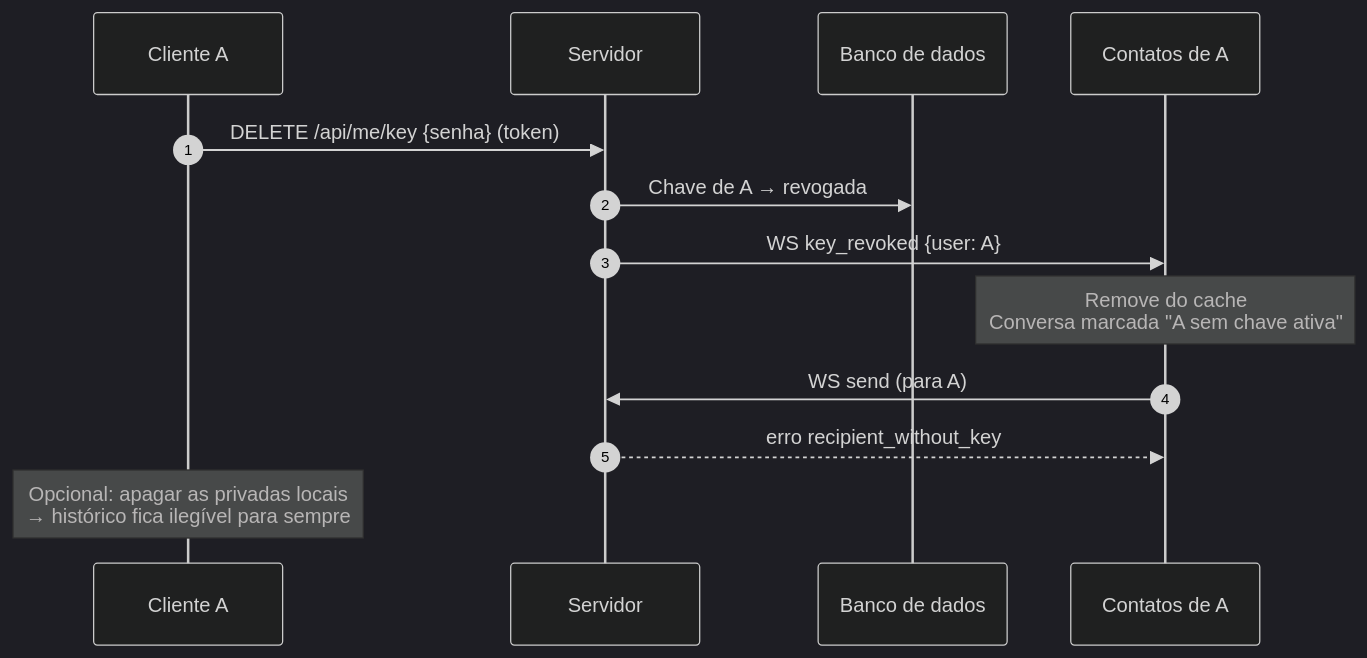
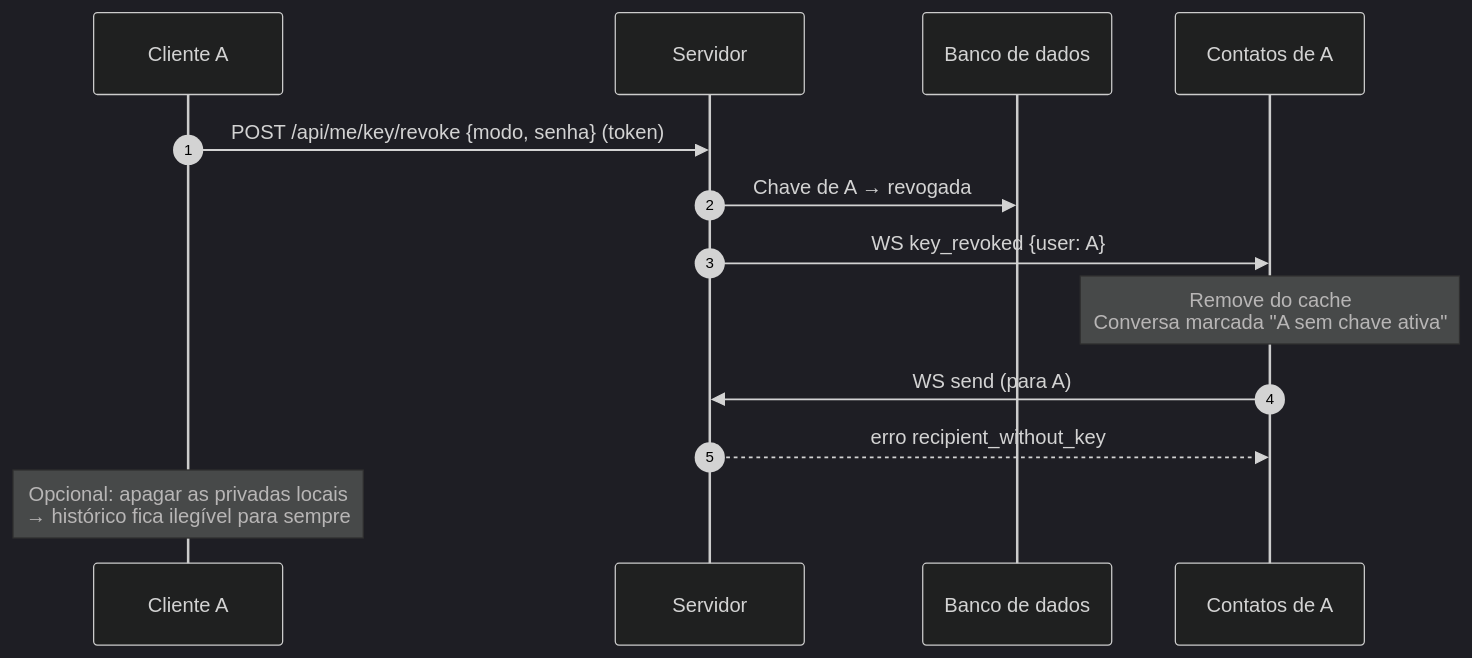
Before and after one commit to devgabrielbenayon/TrabalhoSeguranca1: the sixth of 6 diagrams in docs/PLANO_IMPLEMENTACAO.md, drawn with Mermaid (dark theme). The commit also changed other lines of this file and 15 other files, not shown here.

````diff
--- a/docs/PLANO_IMPLEMENTACAO.md
+++ b/docs/PLANO_IMPLEMENTACAO.md
@@ -247,15 +247,15 @@
 ```mermaid
 sequenceDiagram
     autonumber
     participant A as Cliente A
     participant S as Servidor
     participant DB as Banco de dados
     participant B as Contatos de A
-    A->>S: DELETE /api/me/key {senha} (token)
+    A->>S: POST /api/me/key/revoke {modo, senha} (token)
     S->>DB: Chave de A → revogada
     S->>B: WS key_revoked {user: A}
     Note over B: Remove do cache<br/>Conversa marcada "A sem chave ativa"
     B->>S: WS send (para A)
     S-->>B: erro recipient_without_key
     Note over A: Opcional: apagar as privadas locais<br/>→ histórico fica ilegível para sempre
 ```
````
